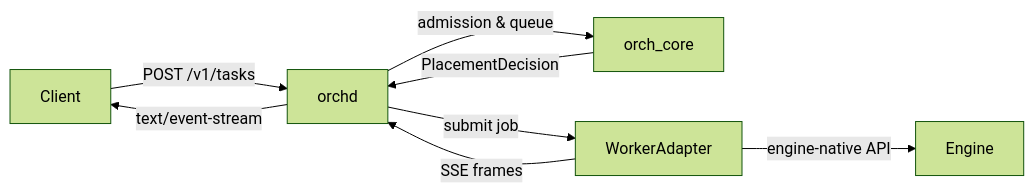
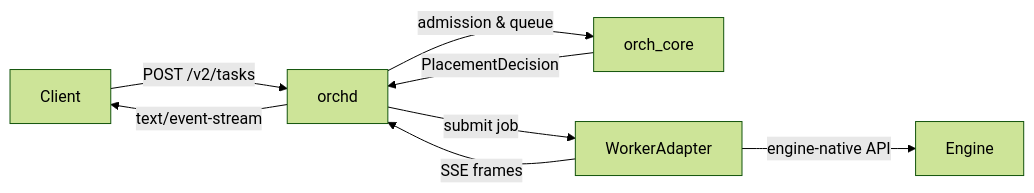
Before and after one commit to veighnsche/llama-orch: the third of 4 diagrams in README.md, drawn with Mermaid (forest theme). The commit also changed other lines of this file and 18 other files, not shown here.

````diff
--- a/README.md
+++ b/README.md
@@ -222,10 +222,10 @@
 ```mermaid
 flowchart LR
-  client[Client] -->|POST /v1/tasks| orchd
+  client[Client] -->|POST /v2/tasks| orchd
   orchd -->|admission & queue| orch_core
   orch_core -->|PlacementDecision| orchd
   orchd -->|submit job| adapter[WorkerAdapter]
   adapter -->|engine-native API| engine[Engine]
   adapter -->|SSE frames| orchd
   orchd -->|text/event-stream| client
 ```
````
